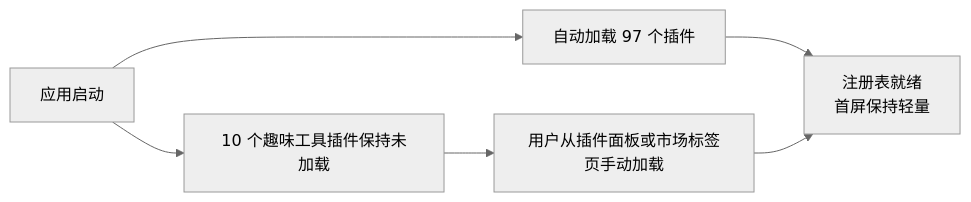
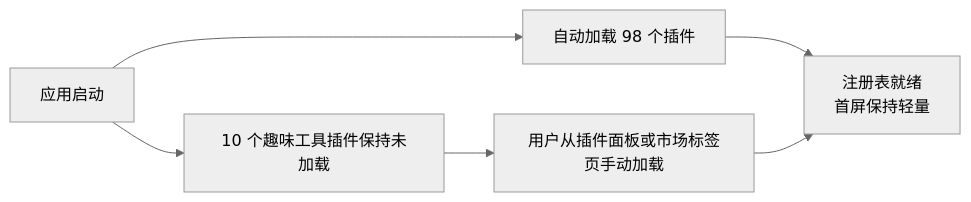
The second of 4 diagrams in docs/technical/03-插件系统.md (Miwafi/ErgalicsStudio), drawn with Mermaid (neutral theme) before and after one commit. The commit also changed other lines of this file and 19 other files, not shown here.

````diff
--- a/docs/technical/03-插件系统.md
+++ b/docs/technical/03-插件系统.md
@@ -679,8 +679,8 @@
 ```mermaid
 flowchart LR
-    A["应用启动"] --> B["自动加载 97 个插件"]
+    A["应用启动"] --> B["自动加载 98 个插件"]
     A --> C["10 个趣味工具插件保持未加载"]
     C --> D["用户从插件面板或市场标签页手动加载"]
     B --> E["注册表就绪<br/>首屏保持轻量"]
     D --> E
 ```
````
